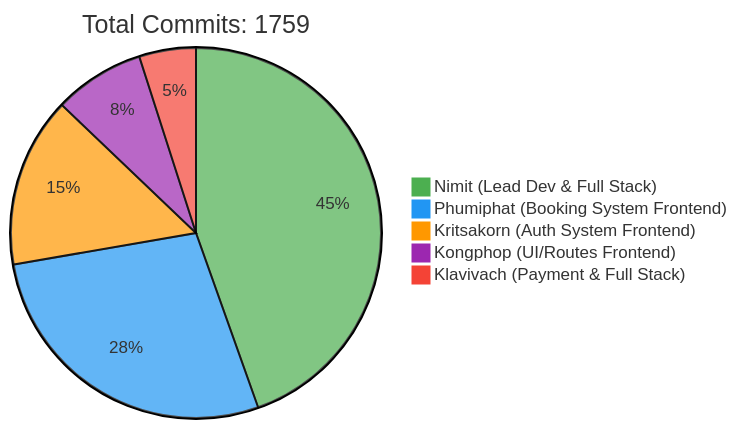
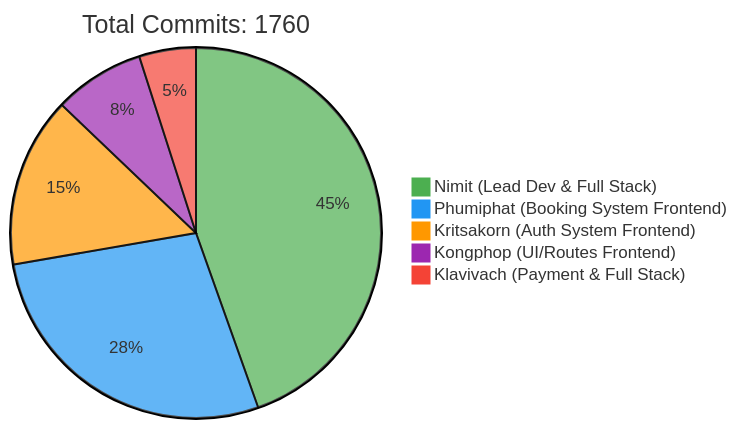
Before and after one commit to 6531503042/Sport-Complex: the first of 2 diagrams in README.md, drawn with Mermaid. The commit also changed other lines of this file, not shown here.

Commit message:
docs: Update contributor statistics [skip ci]

````diff
--- a/README.md
+++ b/README.md
@@ -257,10 +257,10 @@
 ```mermaid
 %%{init: {'theme': 'base', 'themeVariables': { 'pie1': '#4CAF50', 'pie2': '#2196F3', 'pie3': '#FF9800', 'pie4': '#9C27B0', 'pie5': '#F44336'}}}%%
 pie
-    title Total Commits: 1759
+    title Total Commits: 1760
     "Nimit (Lead Dev & Full Stack)" : 450
     "Phumiphat (Booking System Frontend)" : 280
     "Kritsakorn (Auth System Frontend)" : 150
     "Kongphop (UI/Routes Frontend)" : 80
     "Klavivach (Payment & Full Stack)" : 50
 ```
````
